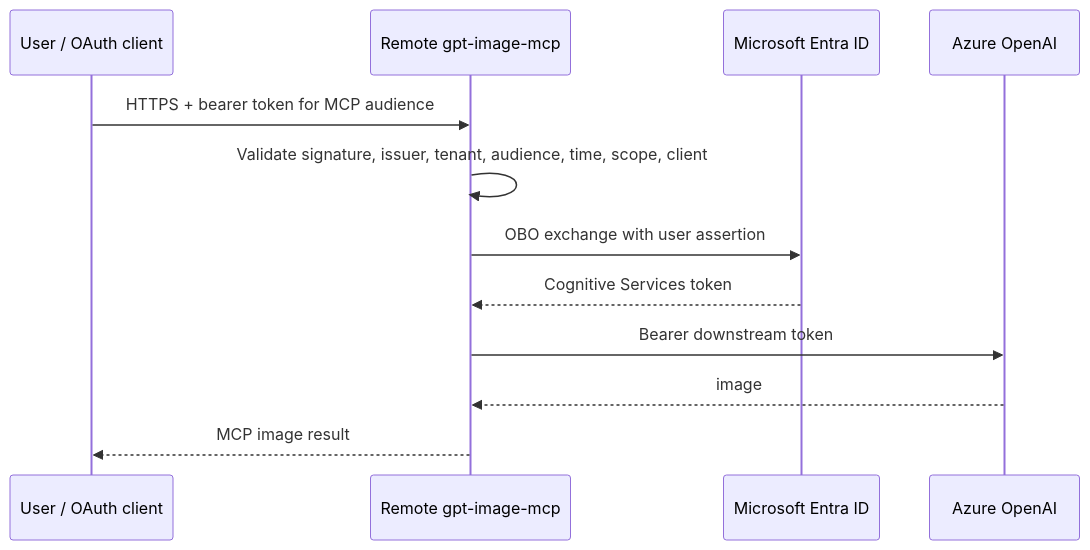
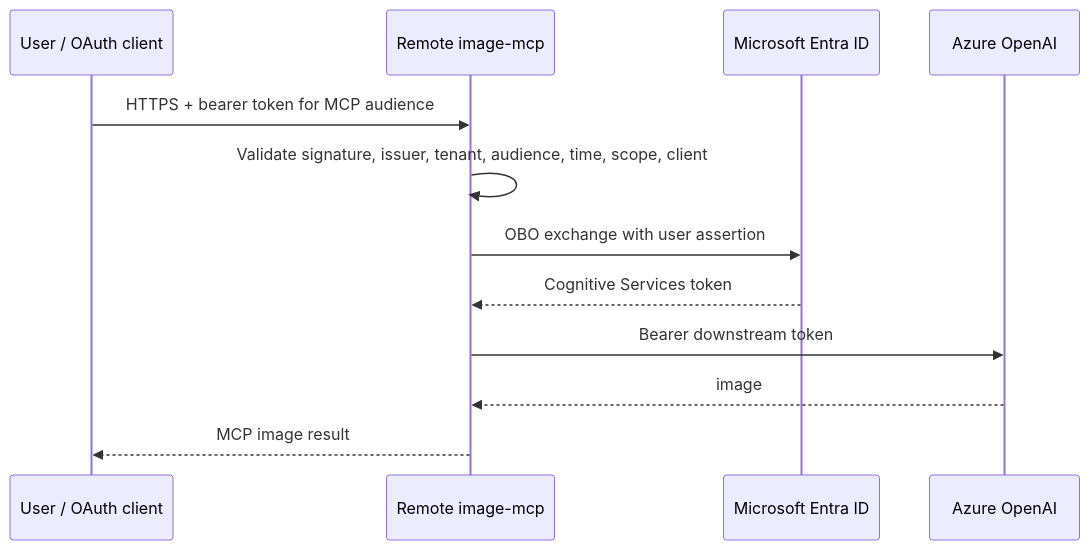
One commit to bioinfornatics/gpt-image-mcp changed the second of 2 diagrams in docs/adr/007-three-mode-azure-authentication.md. Above: the diagram before and after it, drawn with Mermaid. The commit also changed other lines of this file and 51 other files, not shown here.

First line of the commit message:
feat!: rename project and package to image-mcp

````diff
--- a/docs/adr/007-three-mode-azure-authentication.md
+++ b/docs/adr/007-three-mode-azure-authentication.md
@@ -66,14 +66,14 @@
 ```mermaid
 sequenceDiagram
   participant U as User / OAuth client
-  participant M as Remote gpt-image-mcp
+  participant M as Remote image-mcp
   participant E as Microsoft Entra ID
   participant A as Azure OpenAI
   U->>M: HTTPS + bearer token for MCP audience
   M->>M: Validate signature, issuer, tenant, audience, time, scope, client
   M->>E: OBO exchange with user assertion
   E-->>M: Cognitive Services token
   M->>A: Bearer downstream token
   A-->>M: image
   M-->>U: MCP image result
 ```
````
